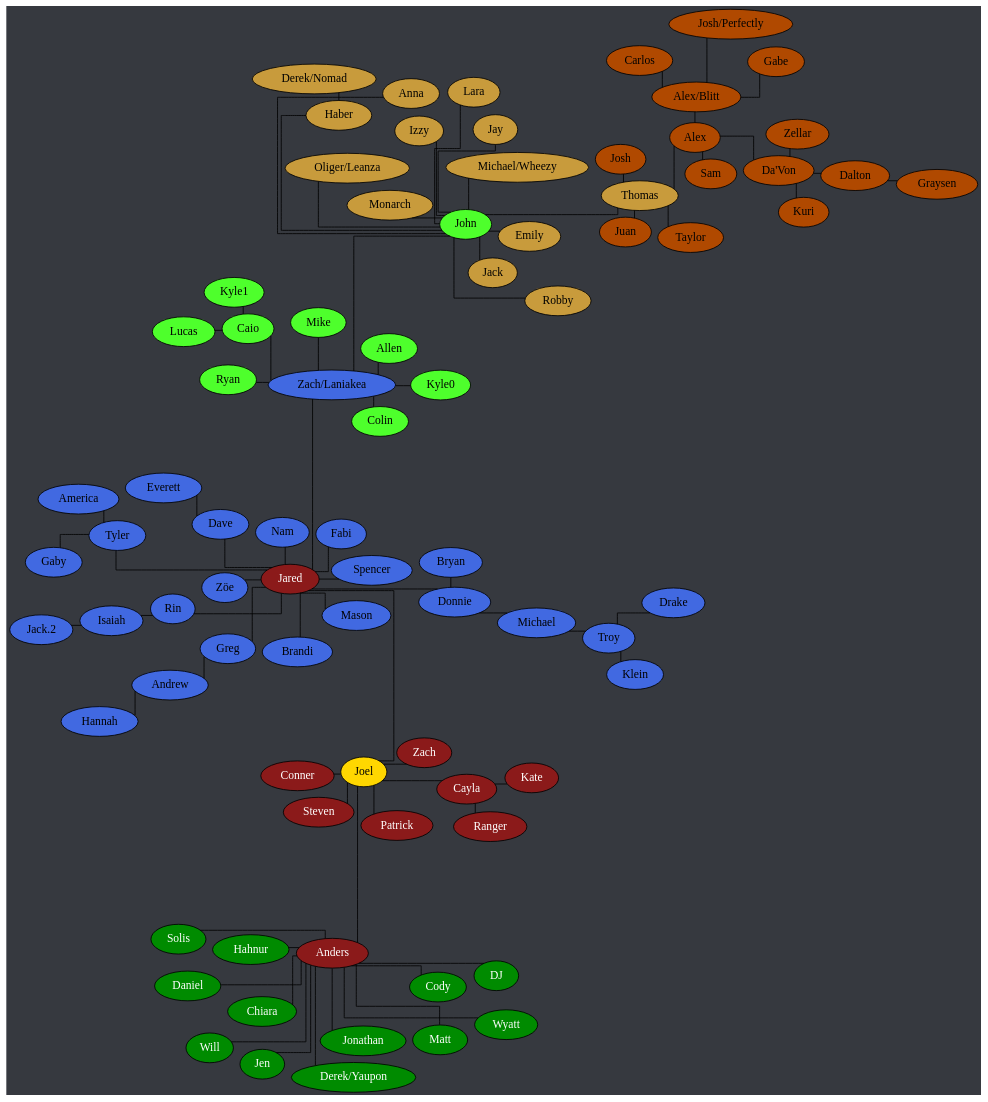
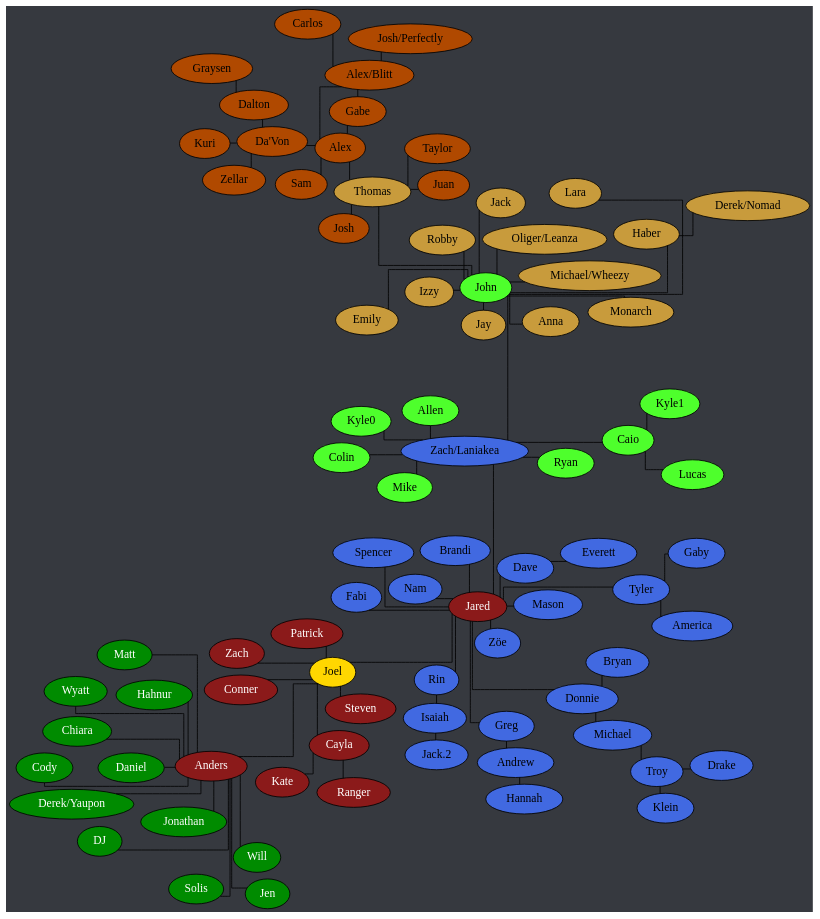
One commit to Documidas/CoronaCatzFamilyTree changed the diagram in tree.dot. Above: the diagram before and after it, drawn with Graphviz. The commit also changed 1 other file, not shown here.

Commit message:
Add Gabe

```diff
--- a/tree.dot
+++ b/tree.dot
@@ -1,130 +1,131 @@
 strict graph {
 	// Layout Configuration
 	layout = neato;
 	epsilon = 0.01;
 	mode = KK;
 	model = subset;
 	overlap = false;
 	splines = ortho;
 
 	// Visual Configuration
 	graph [truecolor=true bgcolor="#36393f"]
 	node [style=filled fillcolor="gray" fontcolor="black"]
 
 	subgraph "Joel" {
 		node [style=filled fillcolor="firebrick4" fontcolor="white"];
 		Joel [style=filled fillcolor="gold" fontcolor="black"];
 
 		Anders -- Joel;
 		Cayla -- Joel
 		Cayla -- Kate;
 		Cayla -- Ranger;
 		Joel -- Conner;
 		Joel -- Jared;
 		Joel -- Patrick;
 		Joel -- Steven;
 		Joel -- Zach;
 	}
 
 	subgraph "Anders" {
 		node [style=filled fillcolor="green4" fontcolor="white"];
 
 		Anders -- Chiara
 		Anders -- Cody;
 		Anders -- Daniel;
 		Anders -- "Derek/Yaupon";
 		Anders -- DJ;
 		Anders -- Hahnur;
 		Anders -- Jen;
 		Anders -- Jonathan;
 		Anders -- Matt;
 		Anders -- Solis;
 		Anders -- Will;
 		Anders -- Wyatt;
 	}
 
 	subgraph "Jared" {
 		node [style=filled fillcolor="royalblue" fontcolor="black"]
 
 		Andrew -- Hannah;
 		Dave -- Everett;
 		Donnie -- Bryan;
 		Donnie -- Michael;
 		Greg -- Andrew;
 		Isaiah -- "Jack.2";
 		Jared -- Brandi;
 		Jared -- Dave;
 		Jared -- Donnie;
 		Jared -- Fabi;
 		Jared -- Greg;
 		Jared -- Mason;
 		Jared -- Nam;
 		Jared -- Rin;
 		Jared -- Spencer;
 		Jared -- Tyler;
 		Jared -- "Zach/Laniakea";
 		Jared -- "Zöe";
 		Michael -- Troy;
 		Rin -- Isaiah;
 		Tyler -- America;
 		Tyler -- Gaby;
 		Troy -- Drake;
 		Troy -- Klein;
 	}
 
 	subgraph "Zach/Laniakea" {
 		node [style=filled fillcolor="#4eff2c" fontcolor="black"]
 
 		Caio -- Kyle1;
 		Caio -- Lucas;
 		"Zach/Laniakea" -- Allen;
 		"Zach/Laniakea" -- Caio;
 		"Zach/Laniakea" -- Colin;
 		"Zach/Laniakea" -- John [ len = 10 ];
 		"Zach/Laniakea" -- Kyle0;
 		"Zach/Laniakea" -- Mike;
 		"Zach/Laniakea" -- Ryan;
 	}
 
 	subgraph "John" {
 		node [style=filled fillcolor="#c89b3c" fontcolor="black"]
 
 		Haber -- "Derek/Nomad";
 		John -- Anna;
 		John -- Emily;
 		John -- Haber;
 		John -- Jay;
 		John -- Jack;
 		John -- Lara;
 		John -- Monarch;
 		John -- "Oliger/Leanza";
 		John -- Thomas;
 	}
 
 	subgraph "John-stream" {
 		// node [style=filled fillcolor="#9147ff" fontcolor="black"]
 		node [style=filled fillcolor="#c89b3c" fontcolor="black"]
 
 		John -- Izzy;
 		John -- "Michael/Wheezy";
 		John -- Robby;
 	}
 
 	subgraph "Thomas" {
 		node [style=filled fillcolor="#b04900" fontcolor="black"]
+		Alex -- "Alex/Blitt";
 		Alex -- "Da'Von";
-		Alex -- "Alex/Blitt";
+		Alex -- Gabe;
 		Alex -- Sam;
 		"Alex/Blitt" -- Carlos;
 		"Alex/Blitt" -- Gabe;
 		"Alex/Blitt" -- "Josh/Perfectly";
 		Dalton -- Graysen;
 		"Da'Von" -- Dalton;
 		"Da'Von" -- Kuri;
 		"Da'Von" -- Zellar;
 		Thomas -- Alex;
 		Thomas -- Josh;
 		Thomas -- Juan;
 		Thomas -- Taylor;
 	}
 }
```
